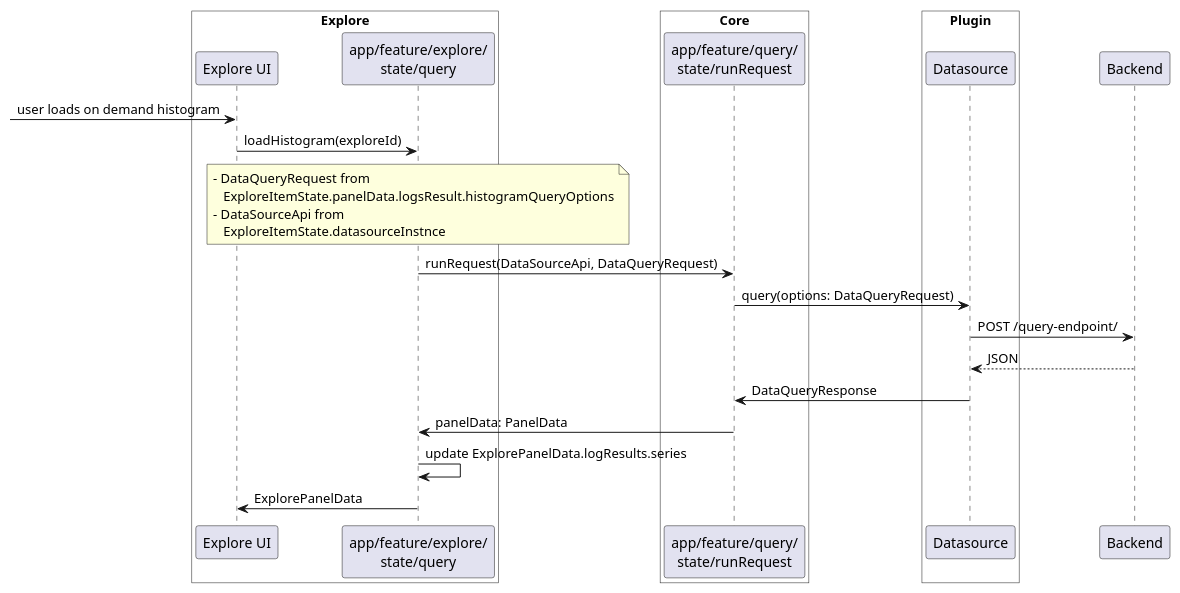
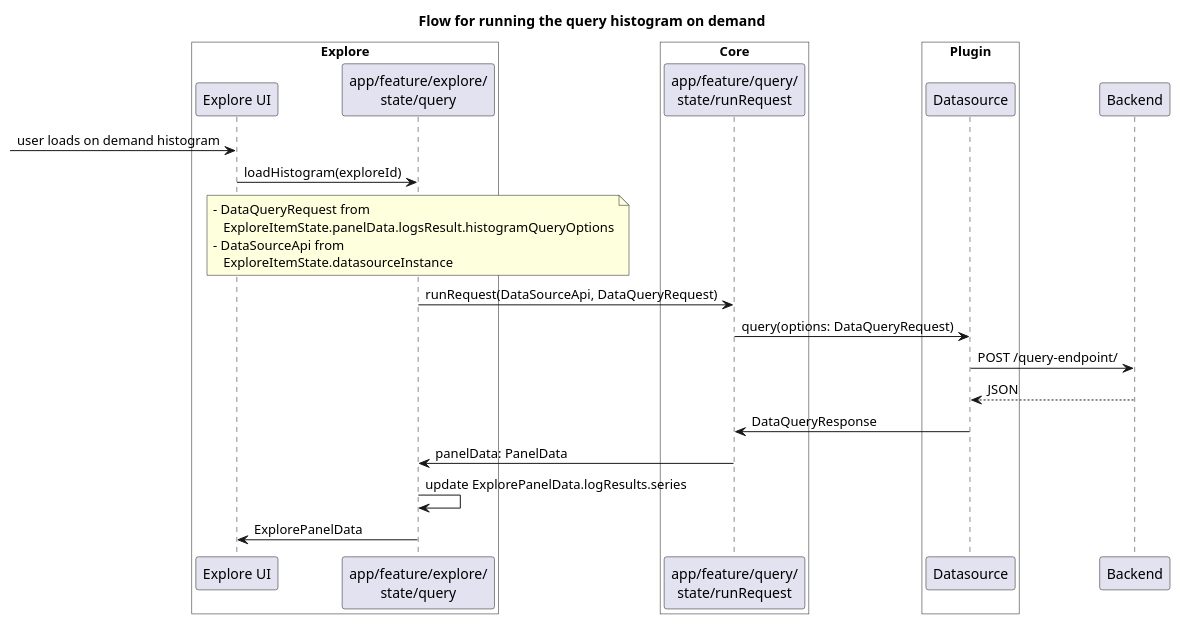
One commit to De30/grafana changed the diagram in public/app/plugins/datasource/loki/docs/full-range-histogram/on-demand.puml. Above: the diagram before and after it, drawn with PlantUML. The commit also changed 3 other files, not shown here.

Commit message:
Diagrams v2

```diff
--- a/public/app/plugins/datasource/loki/docs/full-range-histogram/on-demand.puml
+++ b/public/app/plugins/datasource/loki/docs/full-range-histogram/on-demand.puml
@@ -1,32 +1,34 @@
 @startuml
+
+title Flow for running the query histogram on demand
 
 box "Explore" #white
 participant "Explore UI" as UI
 participant "app/feature/explore/\nstate/query" as S
 endbox
 
 box "Core" #white
 participant "app/feature/query/\nstate/runRequest" as S2
 endbox
 
 box "Plugin" #white
 participant Datasource as DS
 endbox
 
 participant Backend as B
 
 -> UI : user loads on demand histogram
 UI -> S : loadHistogram(exploreId)
-note over S : - DataQueryRequest from\n   ExploreItemState.panelData.logsResult.histogramQueryOptions\n- DataSourceApi from \n   ExploreItemState.datasourceInstnce
+note over S : - DataQueryRequest from\n   ExploreItemState.panelData.logsResult.histogramQueryOptions\n- DataSourceApi from \n   ExploreItemState.datasourceInstance
 S -> S2 : runRequest(DataSourceApi, DataQueryRequest)
 S2 -> DS : query(options: DataQueryRequest)
 DS -> B : POST /query-endpoint/
 DS <-- B : JSON
 S2 <- DS : DataQueryResponse
 S <- S2 : panelData: PanelData
 S -> S : update ExplorePanelData.logResults.series
 UI <- S : ExplorePanelData
 
 
 
 @enduml
```
